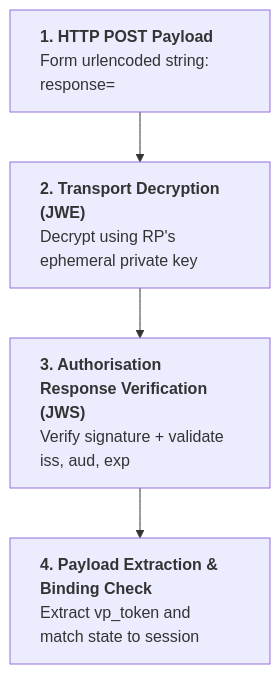
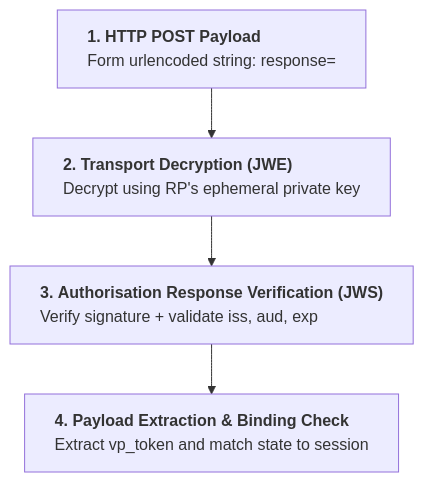
One commit to ivanstambuk/deep-research changed diagram 13 of 27 in papers/DR-0002/DR-0002-eudi-wallet-relying-party-integration.md. Above: the diagram before and after it, drawn with Mermaid.

Commit message:
docs: use non-breaking spaces in diagram 10.1 to avoid line wrap

````diff
--- a/papers/DR-0002/DR-0002-eudi-wallet-relying-party-integration.md
+++ b/papers/DR-0002/DR-0002-eudi-wallet-relying-party-integration.md
@@ -2527,18 +2527,18 @@
 ```mermaid
 flowchart TD
-    A["`**1. HTTP POST Payload**
-    Form urlencoded string: response=<JWE>`"]
-    B["`**2. Transport Decryption (JWE)**
-    Decrypt using RP's ephemeral private key`"]
-    C["`**3. Authorisation Response Verification (JWS)**
-    Verify signature + validate iss, aud, exp`"]
-    D["`**4. Payload Extraction & Binding Check**
-    Extract vp_token and match state to session`"]
+    A["`**1.&nbsp;HTTP&nbsp;POST&nbsp;Payload**
+    Form&nbsp;urlencoded&nbsp;string:&nbsp;response=<JWE>`"]
+    B["`**2.&nbsp;Transport&nbsp;Decryption&nbsp;(JWE)**
+    Decrypt&nbsp;using&nbsp;RP's&nbsp;ephemeral&nbsp;private&nbsp;key`"]
+    C["`**3.&nbsp;Authorisation&nbsp;Response&nbsp;Verification&nbsp;(JWS)**
+    Verify&nbsp;signature&nbsp;+&nbsp;validate&nbsp;iss,&nbsp;aud,&nbsp;exp`"]
+    D["`**4.&nbsp;Payload&nbsp;Extraction&nbsp;&&nbsp;Binding&nbsp;Check**
+    Extract&nbsp;vp_token&nbsp;and&nbsp;match&nbsp;state&nbsp;to&nbsp;session`"]
 
     A --> B --> C --> D
 
     style A text-align:left
     style B text-align:left
     style C text-align:left
     style D text-align:left
 ```
````
